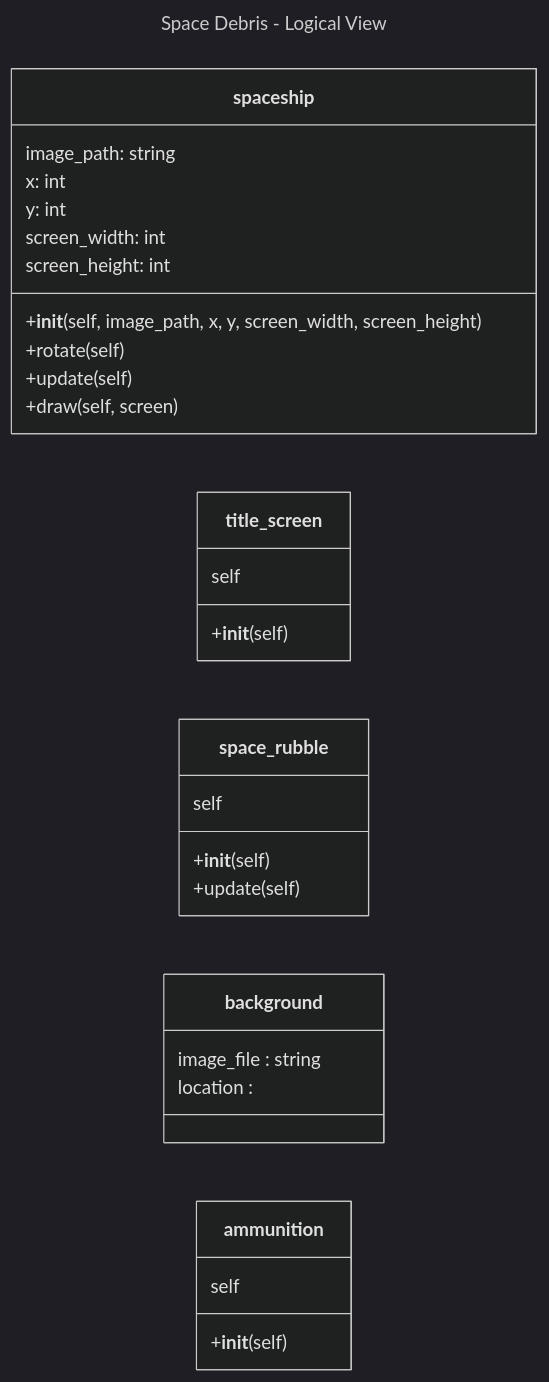
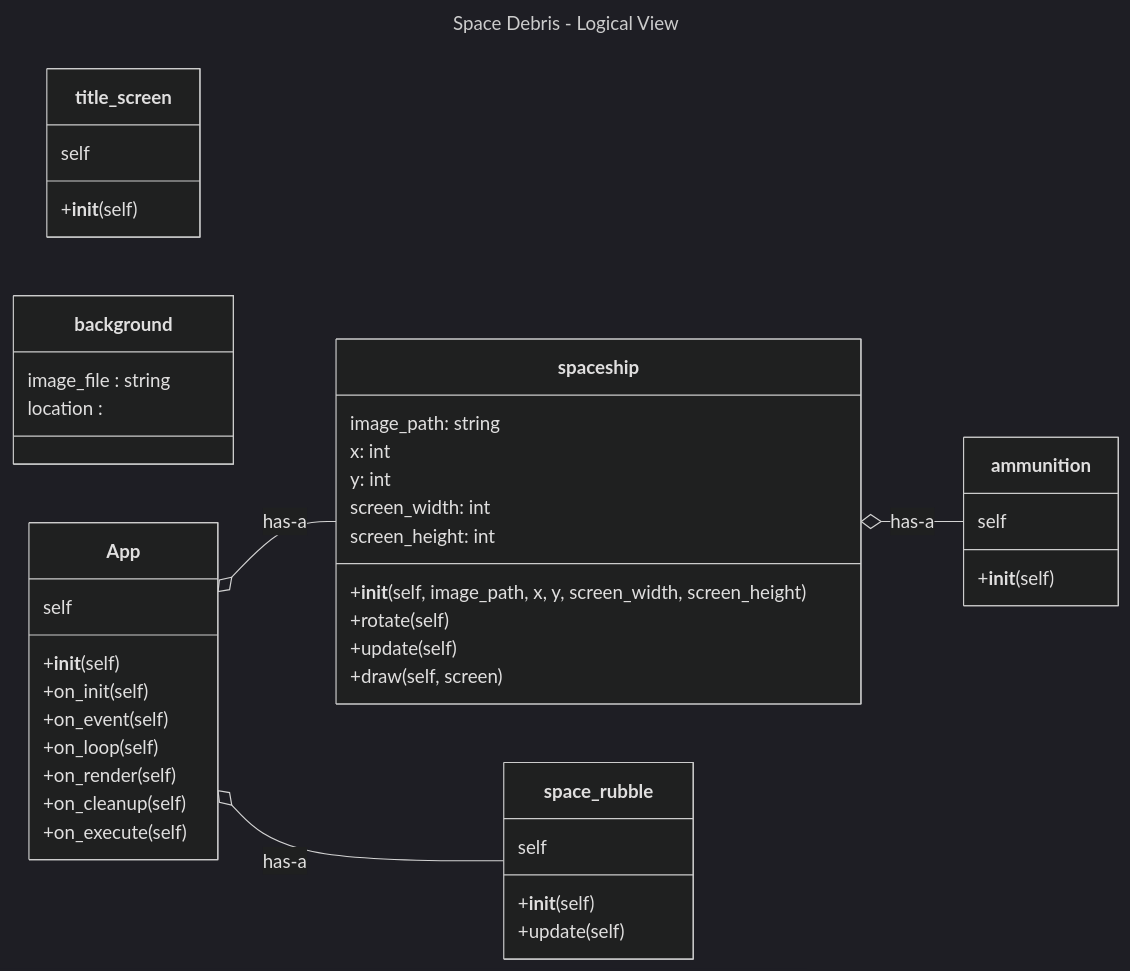
Before and after one commit to mmehta2669/Final_Project_Group_2: the diagram in README.md, drawn with Mermaid (dark theme).

````diff
--- a/README.md
+++ b/README.md
@@ -14,45 +14,55 @@
 ```mermaid
 ---
 title: Space Debris - Logical View
 ---
 classDiagram 
  direction LR
  class spaceship {
   image_path: string
   x: int
   y: int
   screen_width: int
   screen_height: int 
   +__init__(self, image_path, x, y, screen_width, screen_height)
   +rotate(self)
   +update(self)
   +draw(self, screen)
 }
 
  class title_screen {
   self
   +__init__(self)
-
 }
 
  class space_rubble {
   self
   +__init__(self)
   +update(self)
 }
 
 
  class background {
   image_file : string
   location : 
-
 }
 
  class ammunition {
   self
   +__init__(self)
-
 }
 
+ class App {
+  self
+  +__init__(self)
+  +on_init(self)
+  +on_event(self)
+  +on_loop(self)
+  +on_render(self)
+  +on_cleanup(self)
+  +on_execute(self)
+}
 
+ App o-- spaceship : has-a
+ App o-- space_rubble : has-a
+ spaceship o-- ammunition : has-a
 ```
````
